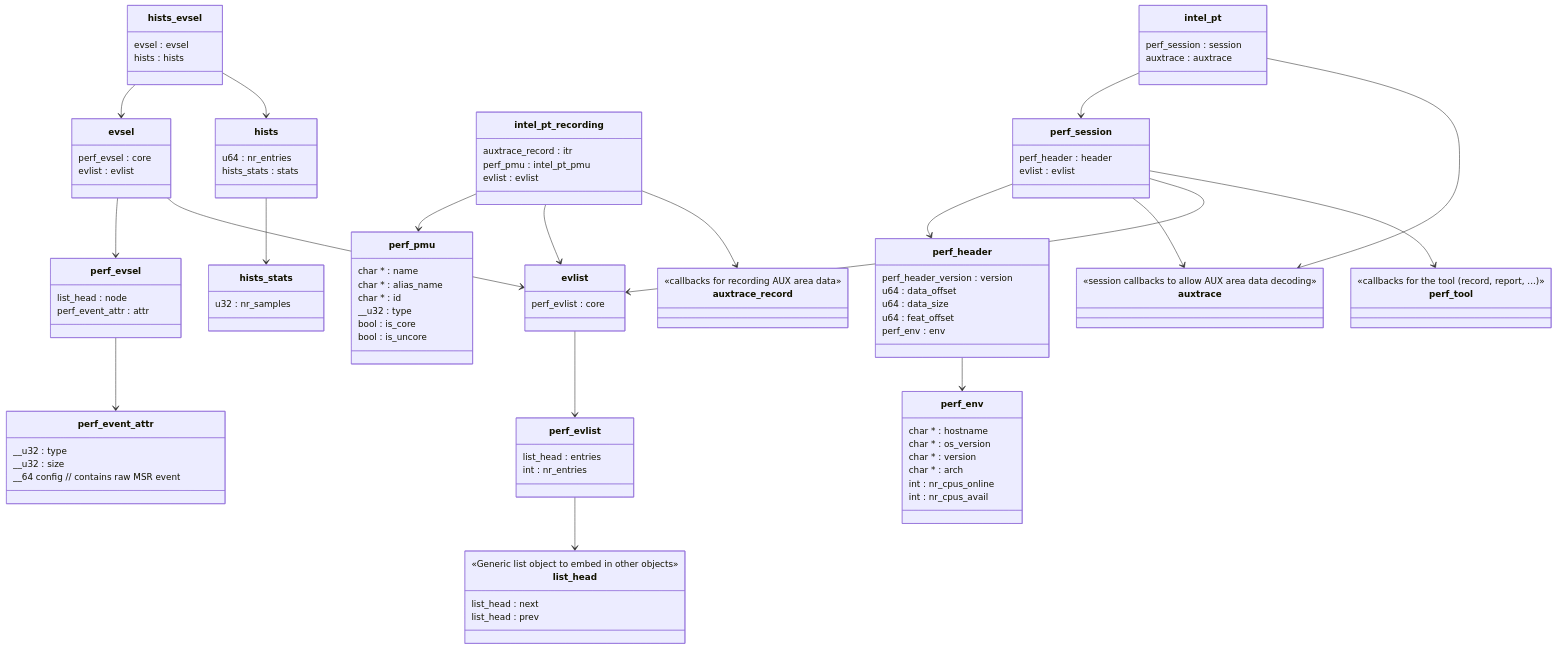
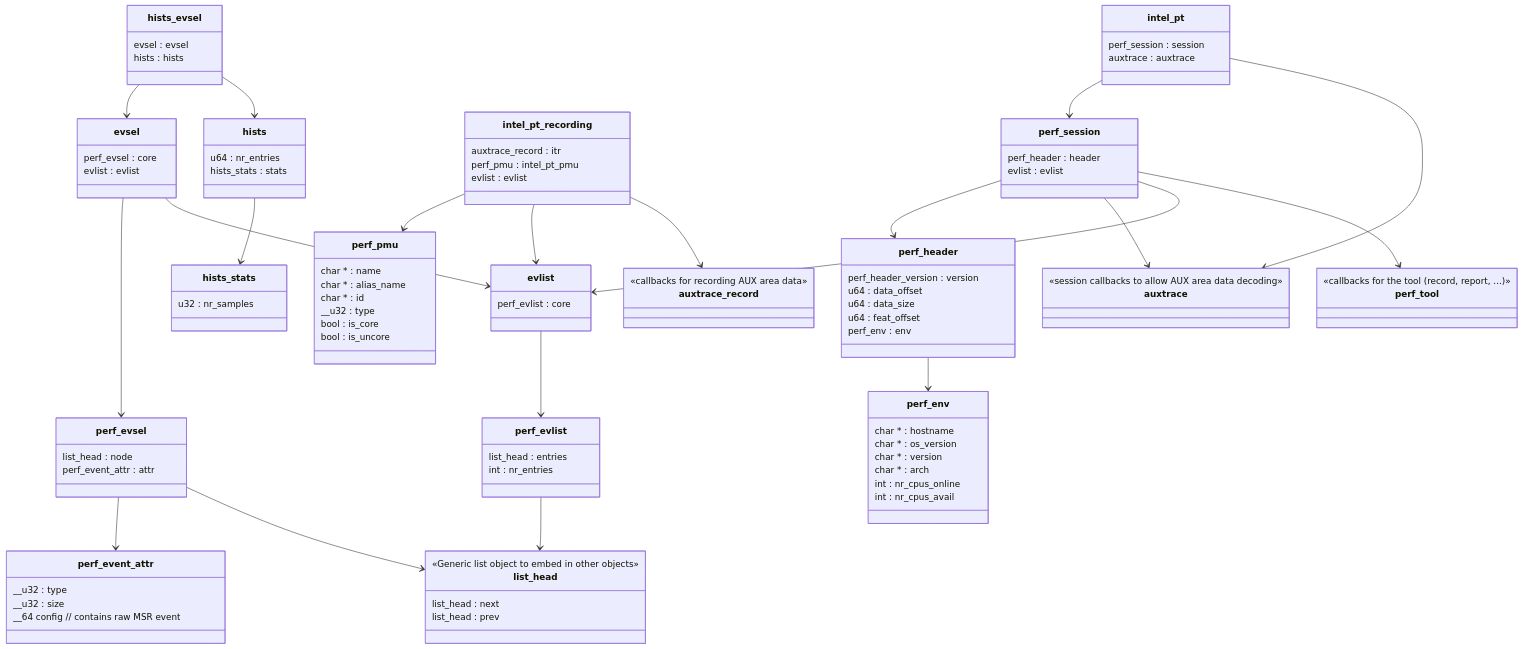
One commit to jamesodhunt/foo changed the diagram in mermaid-classes-2.md. Above: the diagram before and after it, drawn with Mermaid.

```diff
--- a/mermaid-classes-2.md
+++ b/mermaid-classes-2.md
@@ -109,6 +109,7 @@
     evsel --> perf_evsel
     evsel --> evlist
     perf_evsel --> perf_event_attr
+    perf_evsel --> list_head
     perf_evlist --> list_head
     perf_session --> perf_header
     perf_session --> auxtrace
```
